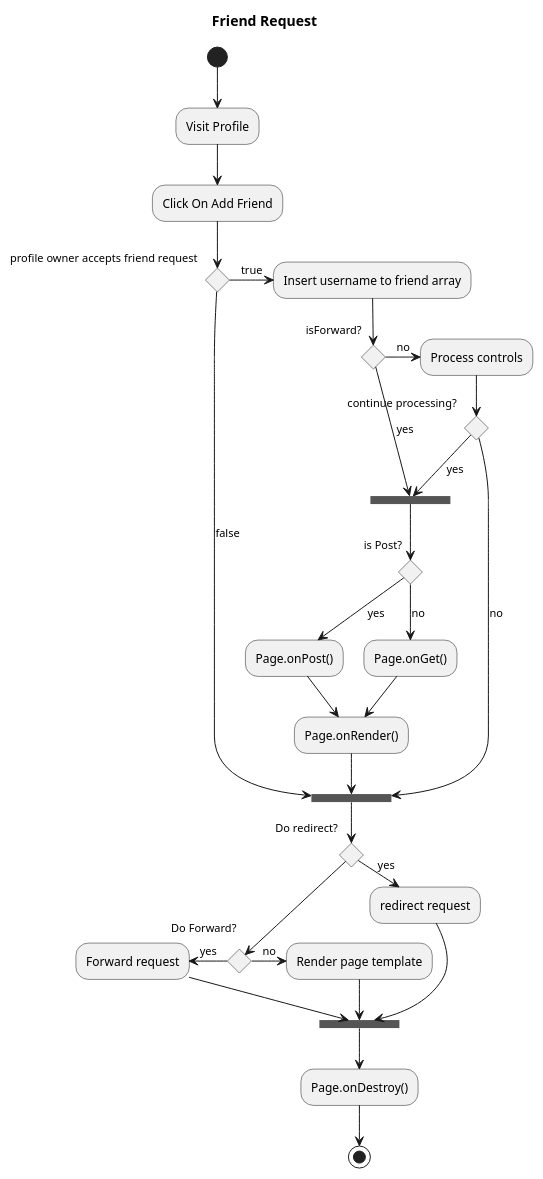
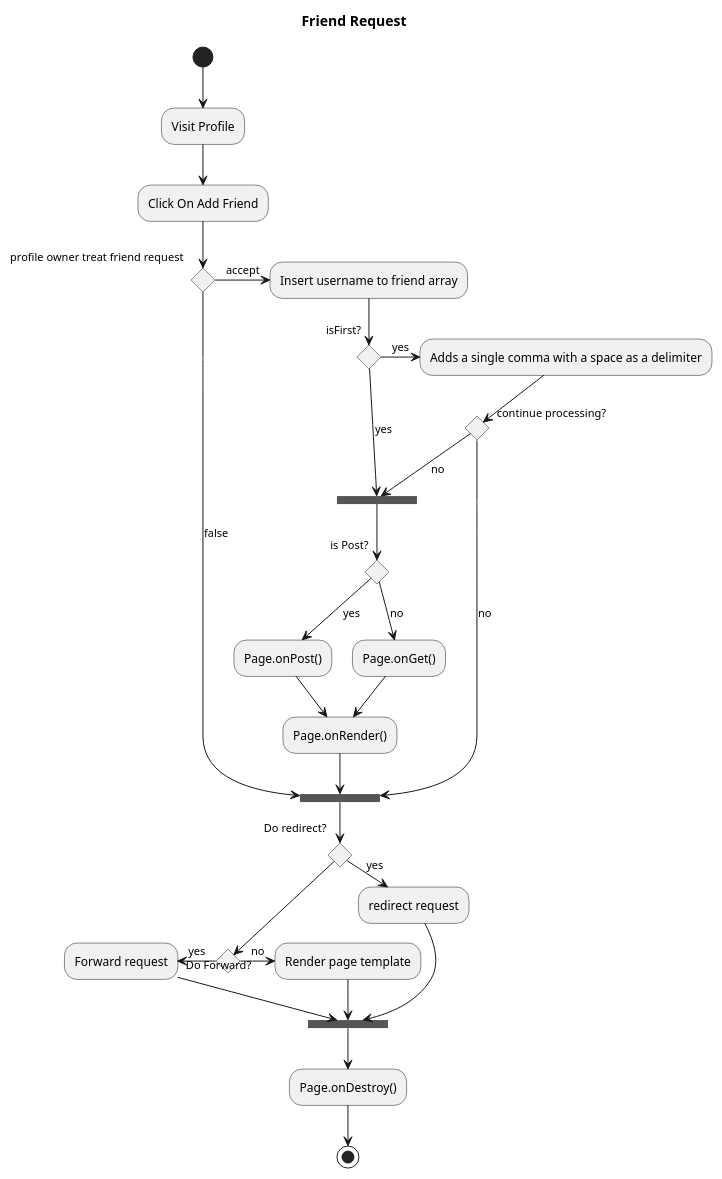
The diagram in UML diagrams and stuff/friend_request.pu (araguaci/EnglishWorlds), drawn with PlantUML before and after one commit. The commit also changed 8 other files, not shown here.

```diff
--- a/UML diagrams and stuff/friend_request.pu
+++ b/UML diagrams and stuff/friend_request.pu
@@ -1,42 +1,42 @@
 @startuml
 title Friend Request
 (*) --> "Visit Profile"
 --> "Click On Add Friend"
-if "profile owner accepts friend request" then
-->[true] "Insert username to friend array"
-if "isForward?" then
-->[no] "Process controls"
+if "profile owner treat friend request" then
+->[accept] "Insert username to friend array"
+if "isFirst?" then
+->[yes] "Adds a single comma with a space as a delimiter"
 if "continue processing?" then
--->[yes] ===RENDERING===
+-->[no] ===RENDERING===
 else
 -->[no] ===REDIRECT_CHECK===
 endif
 else
 -->[yes] ===RENDERING===
 endif
 if "is Post?" then
 -->[yes] "Page.onPost()"
 --> "Page.onRender()" as render
 --> ===REDIRECT_CHECK===
 else
 -->[no] "Page.onGet()"
 --> render
 endif
 else
 -->[false] ===REDIRECT_CHECK===
 endif
 if "Do redirect?" then
 ->[yes] "redirect request"
 --> ==BEFORE_DESTROY===
 else
 if "Do Forward?" then
 -left->[yes] "Forward request"
 --> ==BEFORE_DESTROY===
 else
 -right->[no] "Render page template"
 --> ==BEFORE_DESTROY===
 endif
 endif
 --> "Page.onDestroy()"
 -->(*)
 @enduml
```
